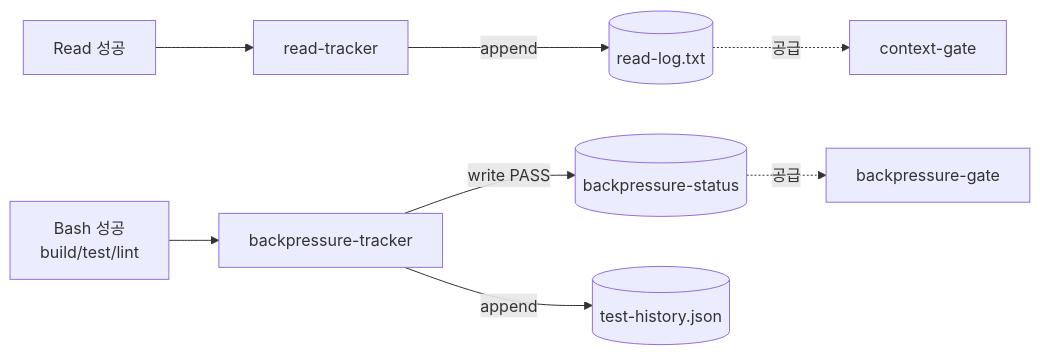
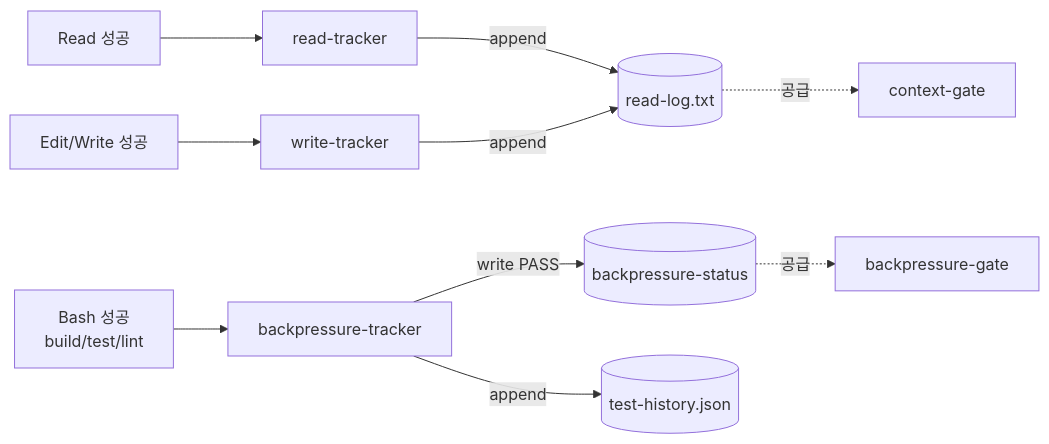
One commit to rae-hugo-kim/claude changed the third of 7 diagrams in docs/architecture/harness-architecture.md. Above: the diagram before and after it, drawn with Mermaid. The commit also changed other lines of this file and 9 other files, not shown here.

First line of the commit message:
fix(harness): add write-tracker so Write→Edit isn't falsely blocked (P1)

````diff
--- a/docs/architecture/harness-architecture.md
+++ b/docs/architecture/harness-architecture.md
@@ -108,11 +109,14 @@
 ```mermaid
 flowchart LR
     R[Read 성공] --> RT[read-tracker]
     RT -->|append| RL[(read-log.txt)]
     RL -.->|공급| CG[context-gate]
 
+    W[Edit/Write 성공] --> WT[write-tracker]
+    WT -->|append| RL
+
     B[Bash 성공<br/>build/test/lint] --> BT[backpressure-tracker]
     BT -->|write PASS| BS[(backpressure-status)]
     BT -->|append| TH[(test-history.json)]
     BS -.->|공급| BG[backpressure-gate]
 ```
````
